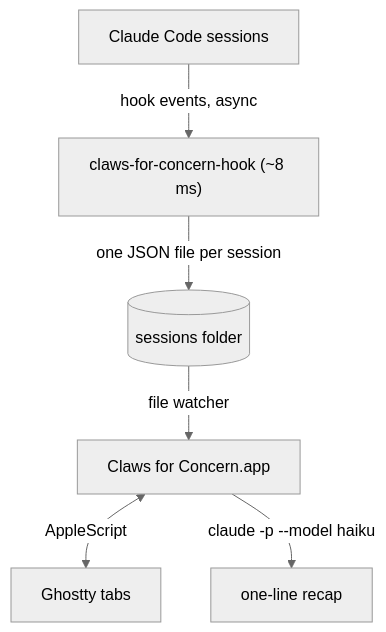
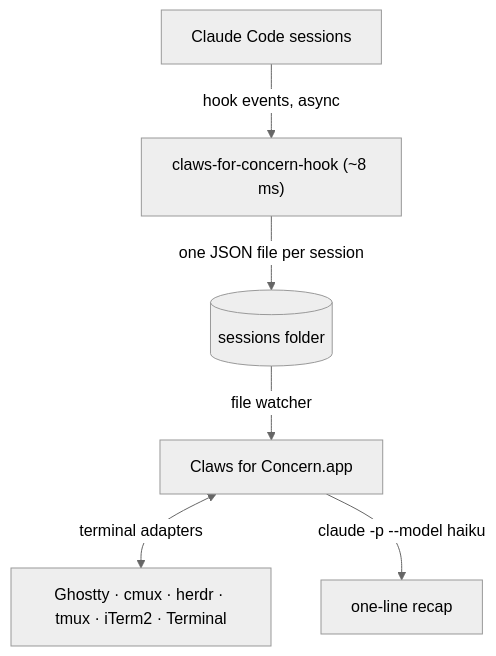
One commit to patildhruv/claws-for-concern changed the diagram in README.md. Above: the diagram before and after it, drawn with Mermaid (neutral theme). The commit also changed other lines of this file and 23 other files, not shown here.

First line of the commit message:
Claws for Concern 1.2: terminal adapters

````diff
--- a/README.md
+++ b/README.md
@@ -104,8 +132,8 @@
 ```mermaid
 flowchart TB
     CC["Claude Code sessions"] -- "hook events, async" --> H["claws-for-concern-hook (~8 ms)"]
     H -- "one JSON file per session" --> S[("sessions folder")]
     S -- "file watcher" --> A["Claws for Concern.app"]
-    A <-- "AppleScript" --> G["Ghostty tabs"]
+    A <-- "terminal adapters" --> G["Ghostty · cmux · herdr · tmux · iTerm2 · Terminal"]
     A -- "claude -p --model haiku" --> R["one-line recap"]
 ```
````
